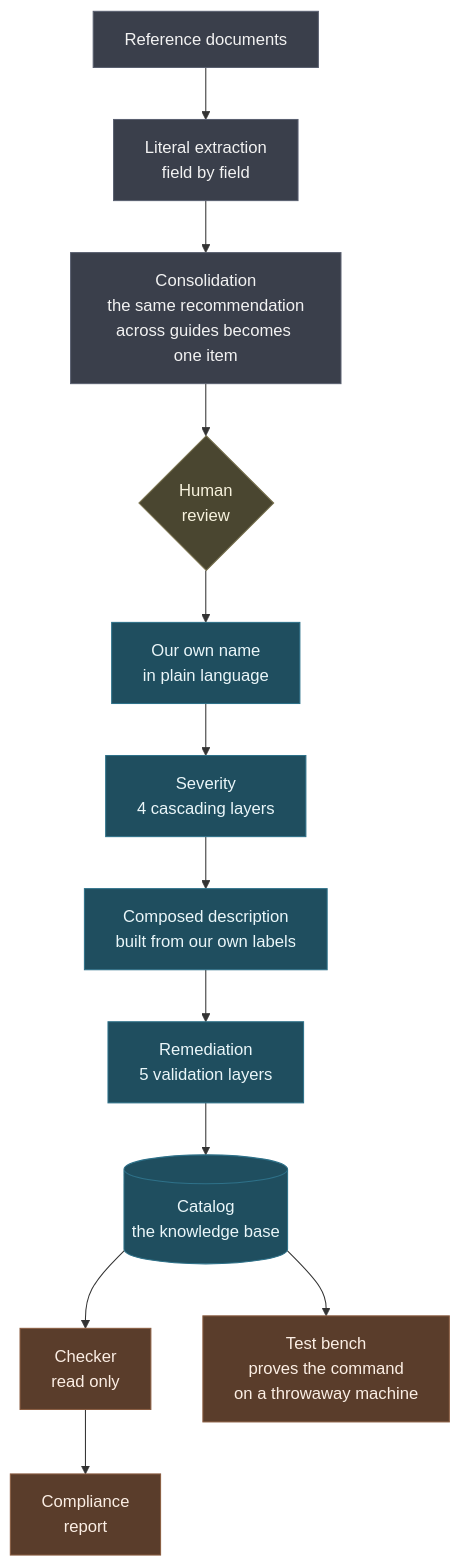
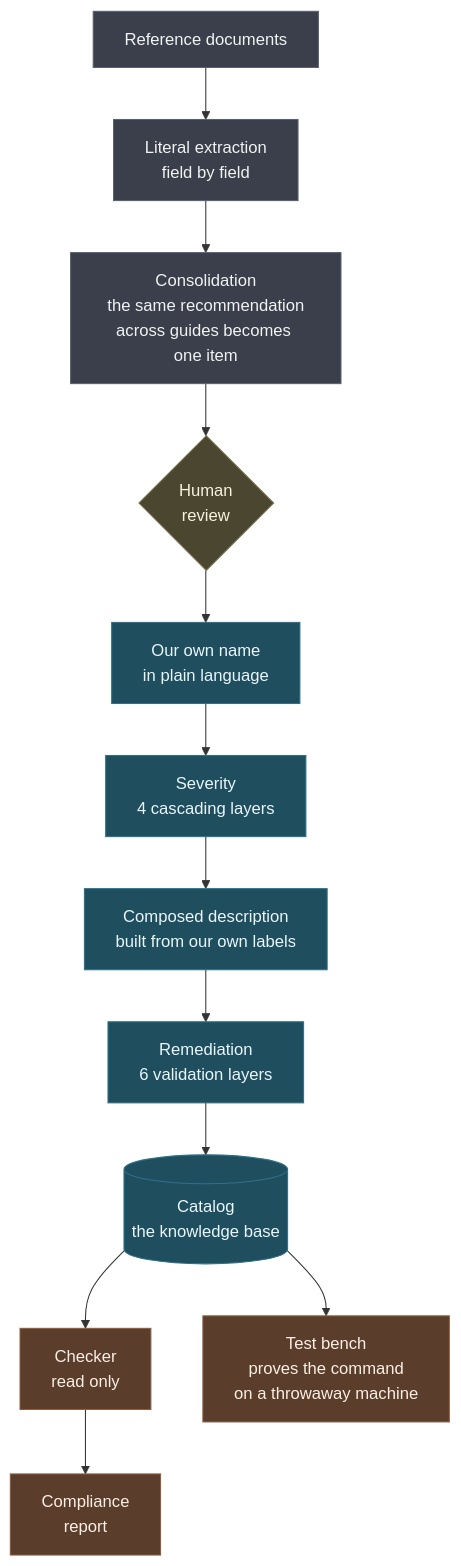
The diagram in README.md (Alisson-P/hardening-engine), drawn with Mermaid before and after one commit. The commit also changed other lines of this file and 1 other file, not shown here.

````diff
--- a/README.md
+++ b/README.md
@@ -81,24 +81,24 @@
 ```mermaid
 flowchart TD
     DOC["Reference documents"] --> EXT["Literal extraction<br/>field by field"]
     EXT --> CON["Consolidation<br/>the same recommendation<br/>across guides becomes one item"]
     CON --> REV{"Human<br/>review"}
     REV --> NOME["Our own name<br/>in plain language"]
     NOME --> SEV["Severity<br/>4 cascading layers"]
     SEV --> DES["Composed description<br/>built from our own labels"]
-    DES --> REM["Remediation<br/>5 validation layers"]
+    DES --> REM["Remediation<br/>6 validation layers"]
     REM --> CAT[("Catalog<br/>the knowledge base")]
     CAT --> SCA["Checker<br/>read only"]
     CAT --> BAN["Test bench<br/>proves the command<br/>on a throwaway machine"]
     SCA --> REL["Compliance<br/>report"]
 
     classDef origem fill:#3a3f4b,color:#f2f2f2,stroke:#5a6070
     classDef proprio fill:#1f4e5f,color:#eaf6f9,stroke:#2e7189
     classDef entrega fill:#5a3d2b,color:#fbeee4,stroke:#8a5d41
     classDef decisao fill:#4a4630,color:#f7f2dd,stroke:#7a7350
 
     class DOC,EXT,CON origem
     class NOME,SEV,DES,REM,CAT proprio
     class REV decisao
     class SCA,BAN,REL entrega
 ```
````
